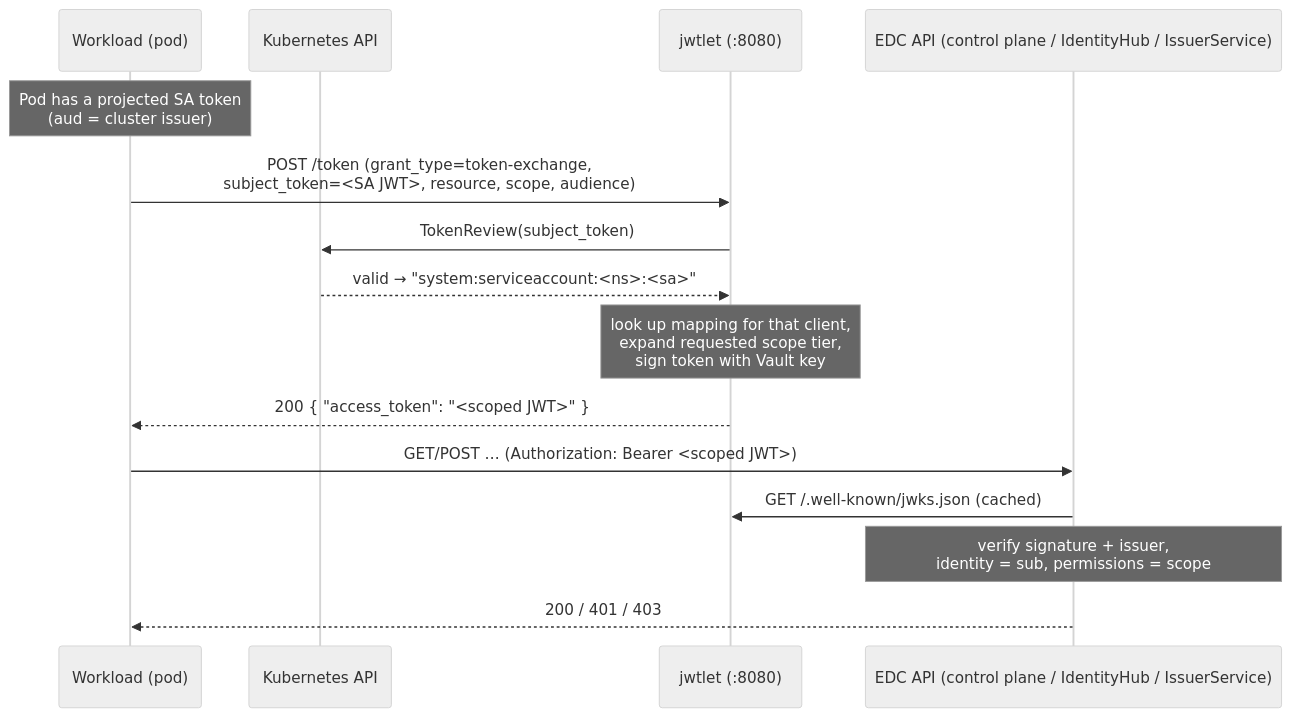
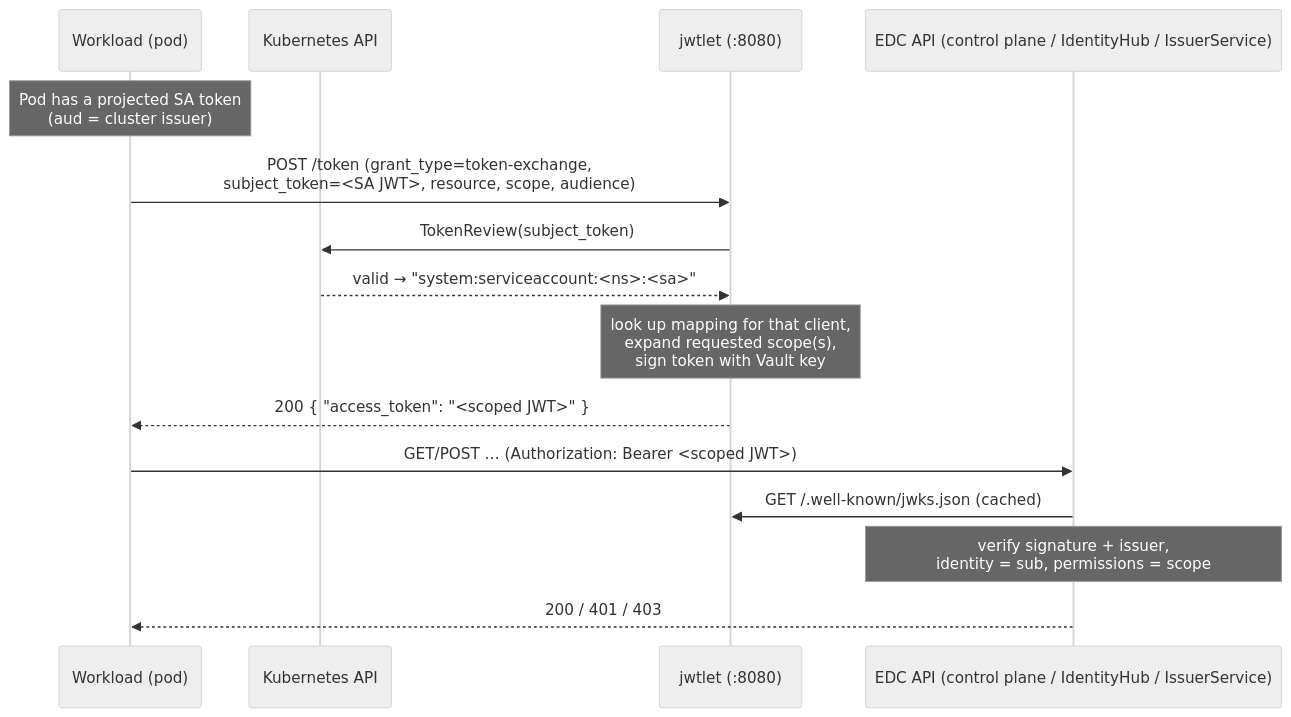
The diagram in docs/token-exchange.md (wolf4ood/jad), drawn with Mermaid (neutral theme) before and after one commit. The commit also changed other lines of this file, not shown here.

First line of the commit message:
docs: document narrow-scoped tokens in token-exchange guide (#45)

````diff
--- a/docs/token-exchange.md
+++ b/docs/token-exchange.md
@@ -53,18 +91,18 @@
 ```mermaid
 sequenceDiagram
     participant W as Workload (pod)
     participant K as Kubernetes API
     participant J as jwtlet (:8080)
     participant E as EDC API (control plane / IdentityHub / IssuerService)
 
     Note over W: Pod has a projected SA token<br/>(aud = cluster issuer)
     W->>J: POST /token (grant_type=token-exchange,<br/>subject_token=<SA JWT>, resource, scope, audience)
     J->>K: TokenReview(subject_token)
     K-->>J: valid → "system:serviceaccount:<ns>:<sa>"
-    Note over J: look up mapping for that client,<br/>expand requested scope tier,<br/>sign token with Vault key
+    Note over J: look up mapping for that client,<br/>expand requested scope(s),<br/>sign token with Vault key
     J-->>W: 200 { "access_token": "<scoped JWT>" }
     W->>E: GET/POST … (Authorization: Bearer <scoped JWT>)
     E->>J: GET /.well-known/jwks.json (cached)
     Note over E: verify signature + issuer,<br/>identity = sub, permissions = scope
     E-->>W: 200 / 401 / 403
 ```
````
